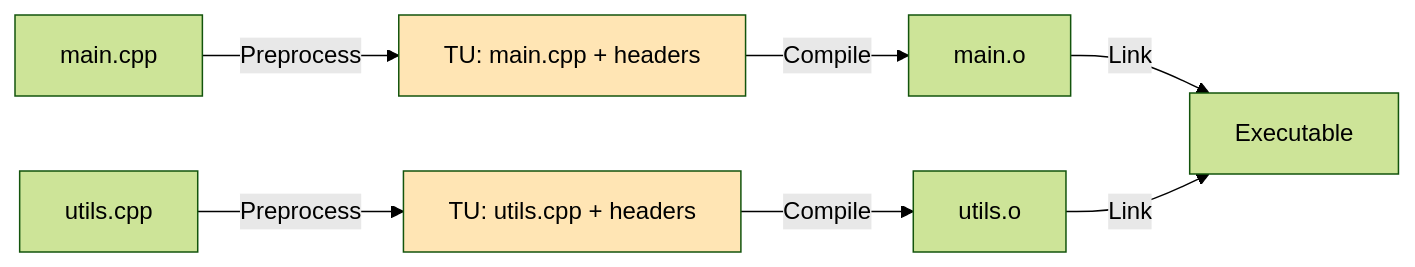
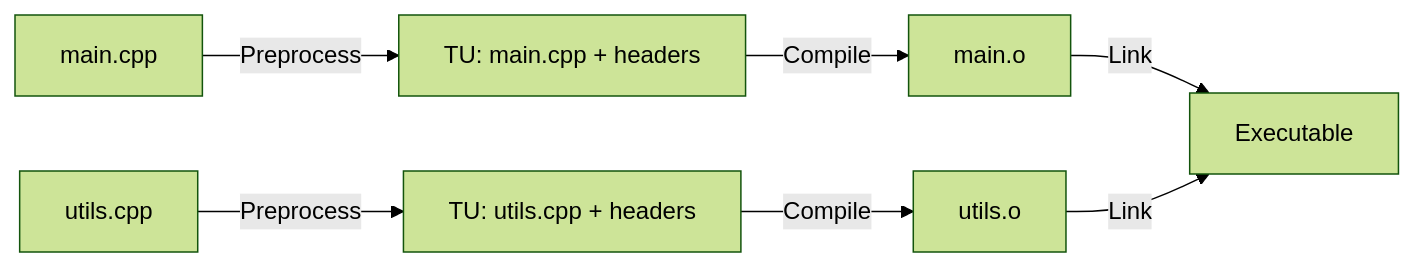
Before and after one commit to AndriiSonsiadlo/knowledge-base: the diagram in docs/programming/cpp/01-toolchain-and-build/translation-units.md, drawn with Mermaid (forest theme). The commit also changed 6 other files, not shown here.

Commit message:
style (C++): drop hardcoded mermaid fills in overview and toolchain diagrams

````diff
--- a/docs/programming/cpp/01-toolchain-and-build/translation-units.md
+++ b/docs/programming/cpp/01-toolchain-and-build/translation-units.md
@@ -39,14 +39,12 @@
 ```mermaid
 graph LR
     A[main.cpp] -->|Preprocess| B[TU: main.cpp + headers]
     C[utils.cpp] -->|Preprocess| D[TU: utils.cpp + headers]
     
     B -->|Compile| E[main.o]
     D -->|Compile| F[utils.o]
     
     E -->|Link| G[Executable]
     F -->|Link| G
     
-    style B fill:#FFE5B4
-    style D fill:#FFE5B4
 ```
````
